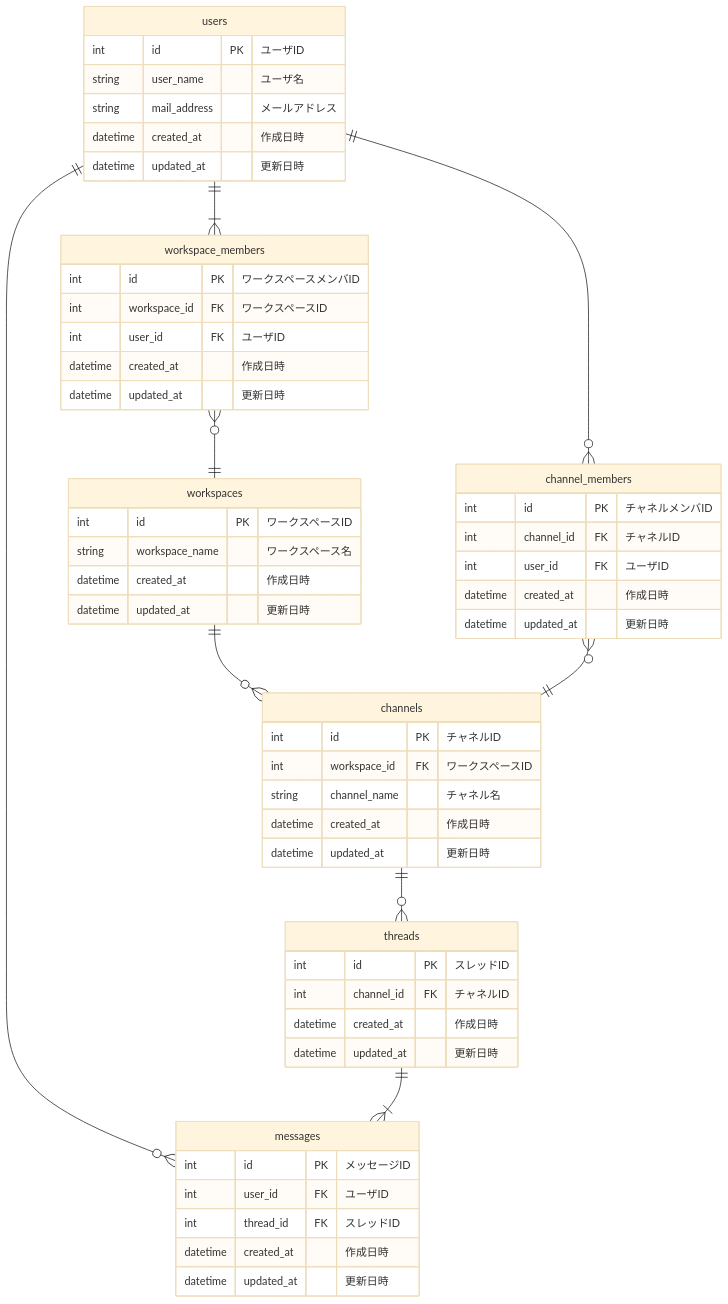
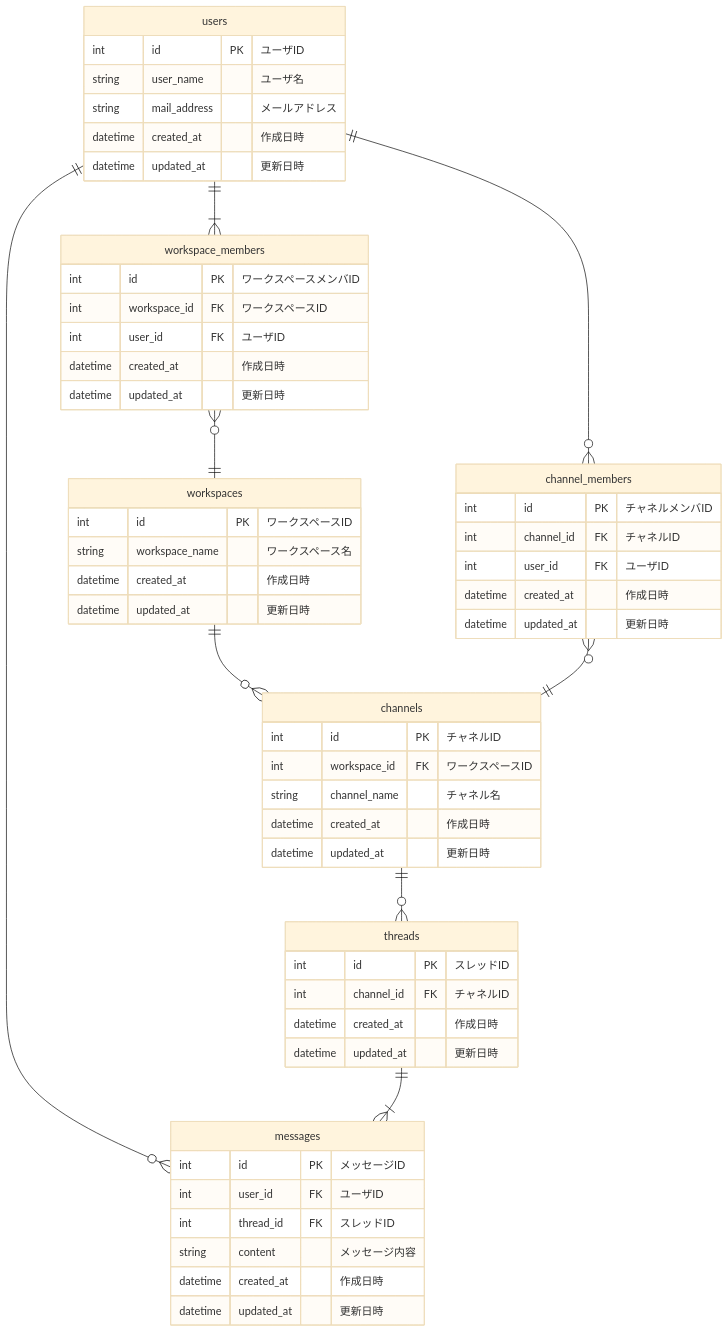
One commit to ssfuno/praha_issues changed the diagram in db_modeling_2/er.md. Above: the diagram before and after it, drawn with Mermaid (base theme).

Commit message:
fix: カラムの不足を修正

````diff
--- a/db_modeling_2/er.md
+++ b/db_modeling_2/er.md
@@ -32,65 +32,66 @@
 ```mermaid
 erDiagram
     users ||--|{ workspace_members : ""
     users ||--o{ channel_members : ""
     users ||--o{ messages : ""
     workspaces ||--o{ channels : ""
     workspace_members }o--|| workspaces : ""
     channels ||--o{ threads : ""
     channel_members }o--|| channels : ""
     threads ||--|{ messages : ""
 
     users {
         int id PK "ユーザID"
         string user_name "ユーザ名"
         string mail_address "メールアドレス"
         datetime created_at "作成日時"
         datetime updated_at "更新日時"
     }
 
     workspaces {
         int id PK "ワークスペースID"
         string workspace_name "ワークスペース名"
         datetime created_at "作成日時"
         datetime updated_at "更新日時"
     }
 
     workspace_members {
         int id PK "ワークスペースメンバID"
         int workspace_id FK "ワークスペースID"
         int user_id FK "ユーザID"
         datetime created_at "作成日時"
         datetime updated_at "更新日時"
     }
 
     channels {
         int id PK "チャネルID"
         int workspace_id FK "ワークスペースID"
         string channel_name "チャネル名"
         datetime created_at "作成日時"
         datetime updated_at "更新日時"
     }
 
     channel_members {
         int id PK "チャネルメンバID"
         int channel_id FK "チャネルID"
         int user_id FK "ユーザID"
         datetime created_at "作成日時"
         datetime updated_at "更新日時"
     }
 
     threads {
         int id PK "スレッドID"
         int channel_id FK "チャネルID"
         datetime created_at "作成日時"
         datetime updated_at "更新日時"
     }
 
     messages {
         int id PK "メッセージID"
         int user_id FK "ユーザID"
         int thread_id FK "スレッドID"
+        string content "メッセージ内容"
         datetime created_at "作成日時"
         datetime updated_at "更新日時"
     }
 ```
````
